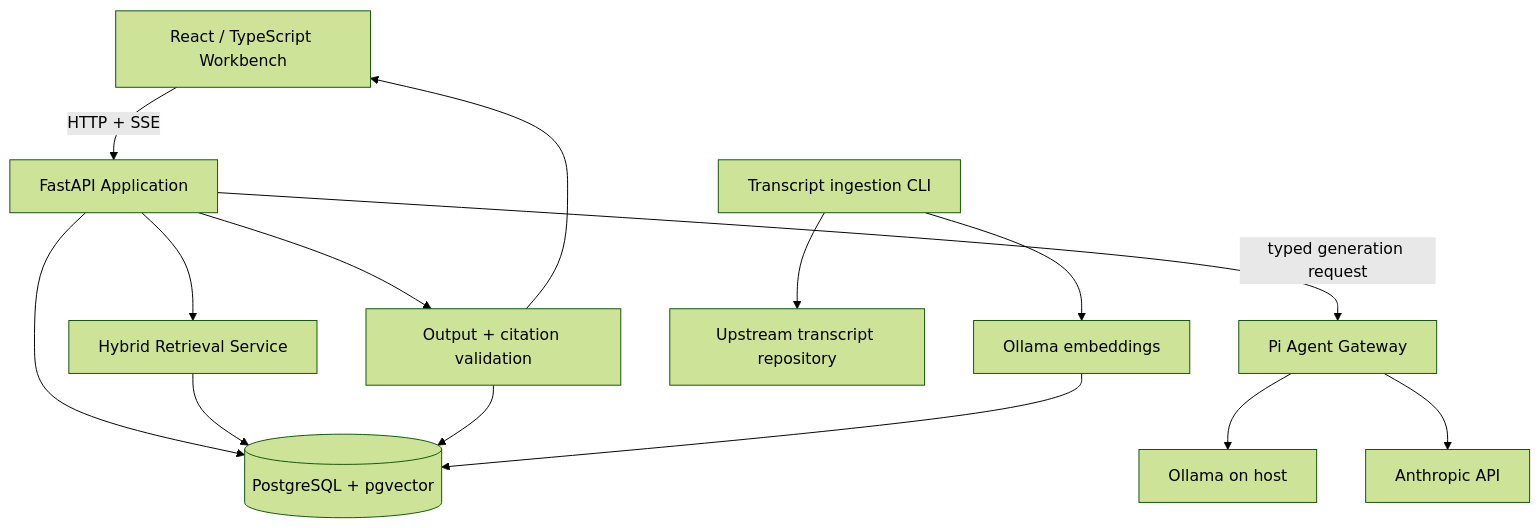
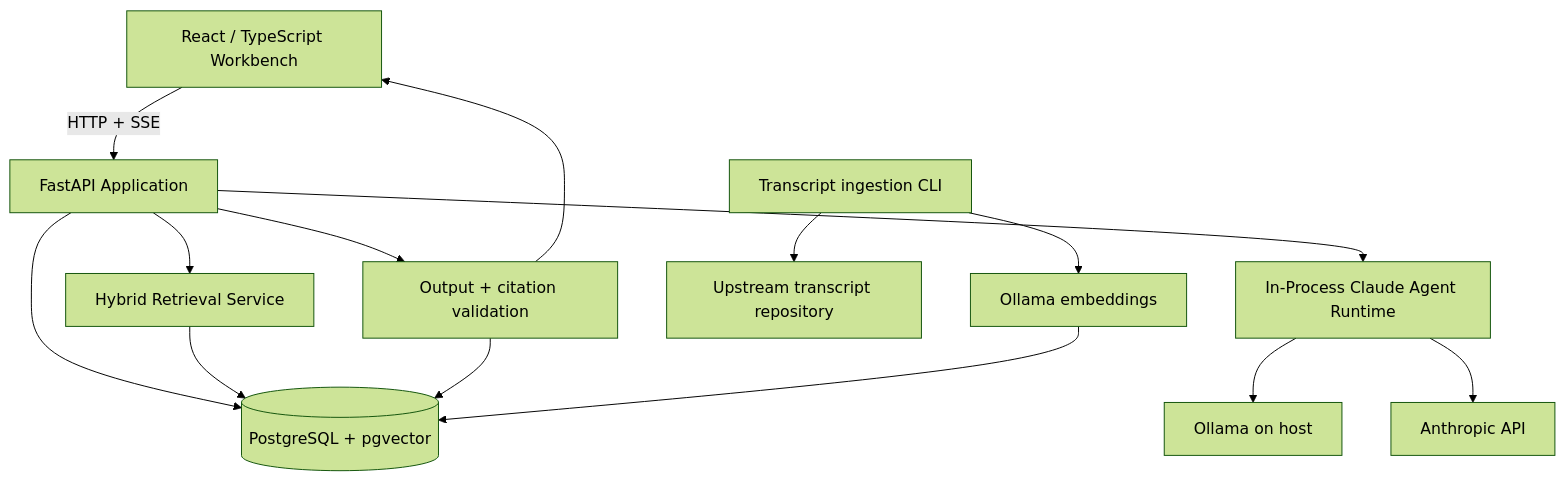
Before and after one commit to imshreyaskn/kestrel: the diagram in IMPLEMENTATION_SPEC.md, drawn with Mermaid (forest theme). The commit also changed other lines of this file and 4 other files, not shown here.

Commit message:
docs: standardize on pure-Python Claude Agent SDK architecture and add ADR 001 (codename Kestrel)

````diff
--- a/IMPLEMENTATION_SPEC.md
+++ b/IMPLEMENTATION_SPEC.md
@@ -208,16 +203,16 @@
 ```mermaid
 flowchart TD
   UI[React / TypeScript Workbench] -->|HTTP + SSE| API[FastAPI Application]
   API --> DB[(PostgreSQL + pgvector)]
   API --> RET[Hybrid Retrieval Service]
   RET --> DB
-  API -->|typed generation request| AG[Pi Agent Gateway]
+  API --> AG[In-Process Claude Agent Runtime]
   AG --> LOCAL[Ollama on host]
   AG --> CLOUD[Anthropic API]
   API --> VALID[Output + citation validation]
   VALID --> DB
   VALID --> UI
   ING[Transcript ingestion CLI] --> SRC[Upstream transcript repository]
   ING --> EMB[Ollama embeddings]
   EMB --> DB
 ```
````
